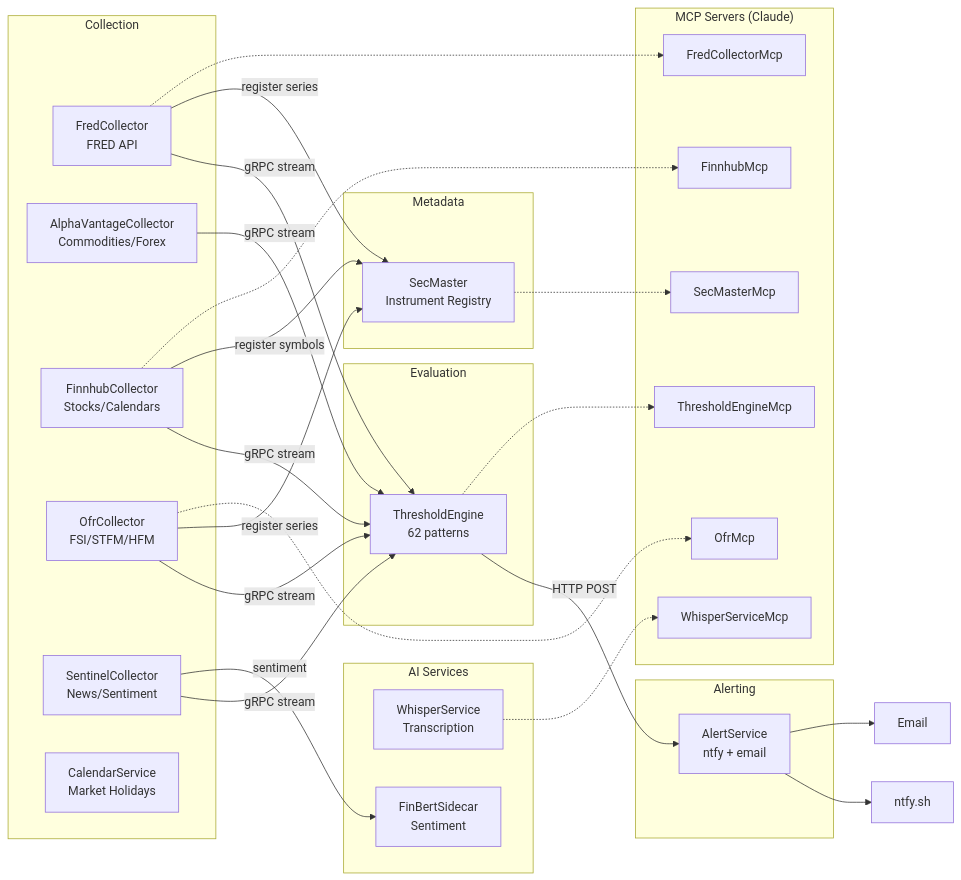
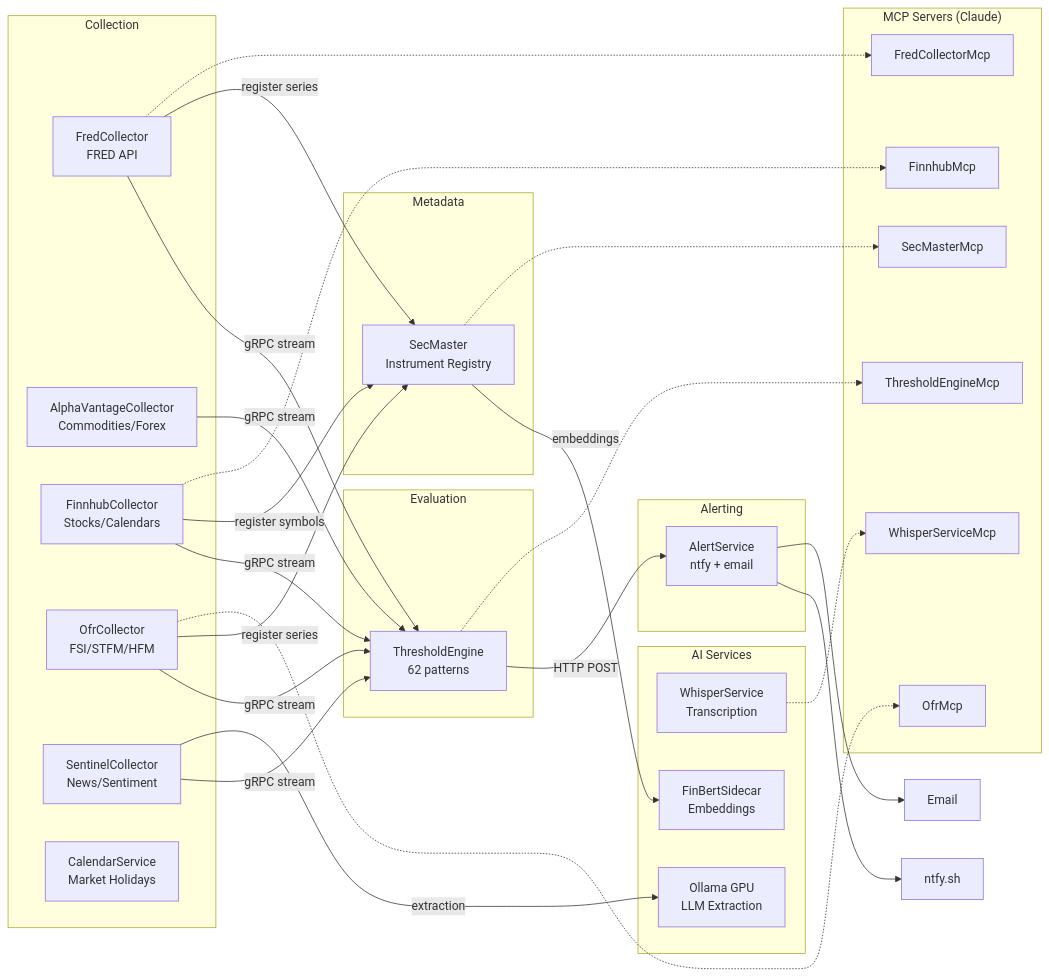
The first of 4 diagrams in docs/ARCHITECTURE.md (jpansarasa/ATLAS-Docs), drawn with Mermaid before and after one commit. The commit also changed other lines of this file and 28 other files, not shown here.

````diff
--- a/docs/ARCHITECTURE.md
+++ b/docs/ARCHITECTURE.md
@@ -7,57 +7,59 @@
 ```mermaid
 flowchart LR
     subgraph Collection
         FC[FredCollector<br/>FRED API]
         AV[AlphaVantageCollector<br/>Commodities/Forex]
         FH[FinnhubCollector<br/>Stocks/Calendars]
         OFR[OfrCollector<br/>FSI/STFM/HFM]
         SC[SentinelCollector<br/>News/Sentiment]
         CS[CalendarService<br/>Market Holidays]
     end
 
     subgraph Metadata
         SM[SecMaster<br/>Instrument Registry]
     end
 
     subgraph Evaluation
         TE[ThresholdEngine<br/>62 patterns]
     end
 
     subgraph Alerting
         AS[AlertService<br/>ntfy + email]
     end
 
     subgraph AI["AI Services"]
         WS[WhisperService<br/>Transcription]
-        FB[FinBertSidecar<br/>Sentiment]
+        FB[FinBertSidecar<br/>Embeddings]
+        OL[Ollama GPU<br/>LLM Extraction]
     end
 
     subgraph MCP["MCP Servers (Claude)"]
         FM[FredCollectorMcp]
         TM[ThresholdEngineMcp]
         FHM[FinnhubMcp]
         OM[OfrMcp]
         SMM[SecMasterMcp]
         WSM[WhisperServiceMcp]
     end
 
     FC -->|gRPC stream| TE
     AV -->|gRPC stream| TE
     FH -->|gRPC stream| TE
     OFR -->|gRPC stream| TE
     SC -->|gRPC stream| TE
     FC -->|register series| SM
     FH -->|register symbols| SM
     OFR -->|register series| SM
-    SC -->|sentiment| FB
+    SC -->|extraction| OL
+    SM -->|embeddings| FB
     TE -->|HTTP POST| AS
     AS --> N[ntfy.sh]
     AS --> E[Email]
 
     FC -.-> FM
     TE -.-> TM
     FH -.-> FHM
     OFR -.-> OM
     SM -.-> SMM
     WS -.-> WSM
 ```
````
